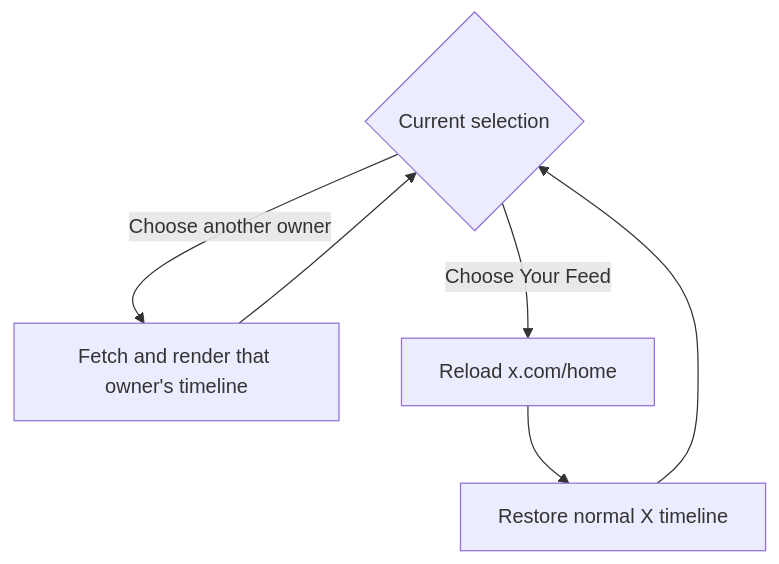
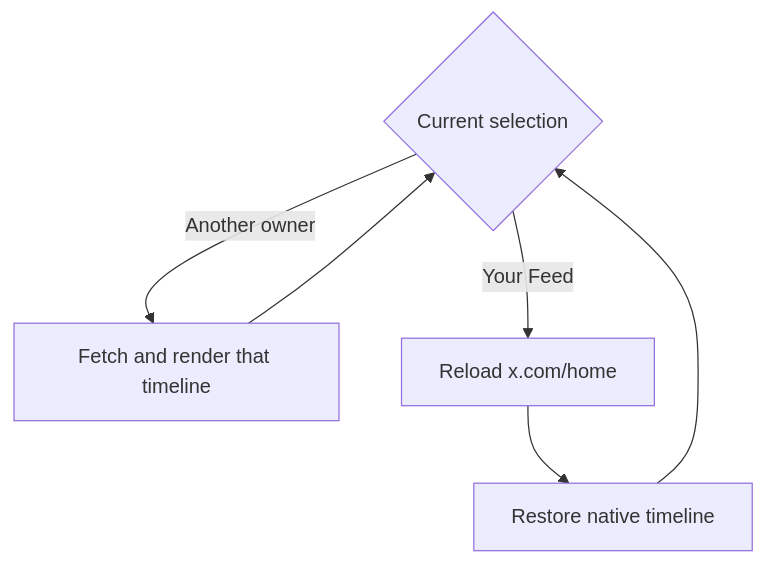
One commit to SidheshwarSarangal/X_feed_extension changed the eighth of 10 diagrams in docs/workflows-and-api.md. Above: the diagram before and after it, drawn with Mermaid. The commit also changed other lines of this file and 8 other files, not shown here.

````diff
--- a/docs/workflows-and-api.md
+++ b/docs/workflows-and-api.md
@@ -255,9 +265,9 @@
 ```mermaid
 flowchart TD
     Current{Current selection}
-    Current -->|Choose another owner| Fetch[Fetch and render that owner's timeline]
-    Current -->|Choose Your Feed| Reload[Reload x.com/home]
-    Reload --> Native[Restore normal X timeline]
+    Current -->|Another owner| Fetch[Fetch and render that timeline]
+    Current -->|Your Feed| Reload[Reload x.com/home]
+    Reload --> Native[Restore native timeline]
     Fetch --> Current
     Native --> Current
 ```
````
